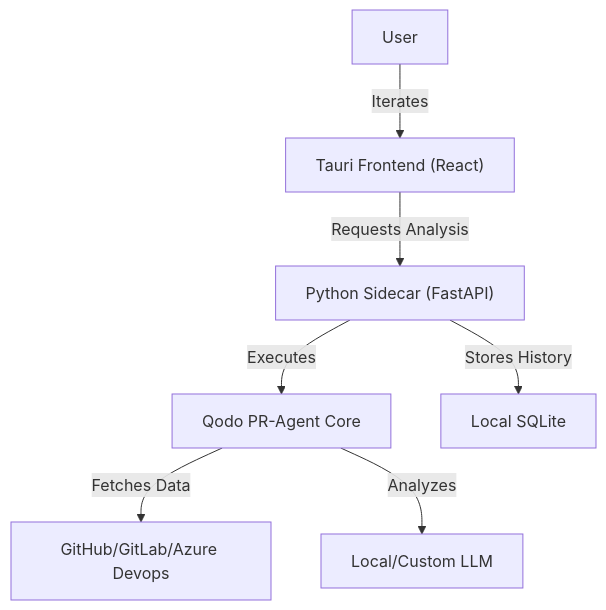
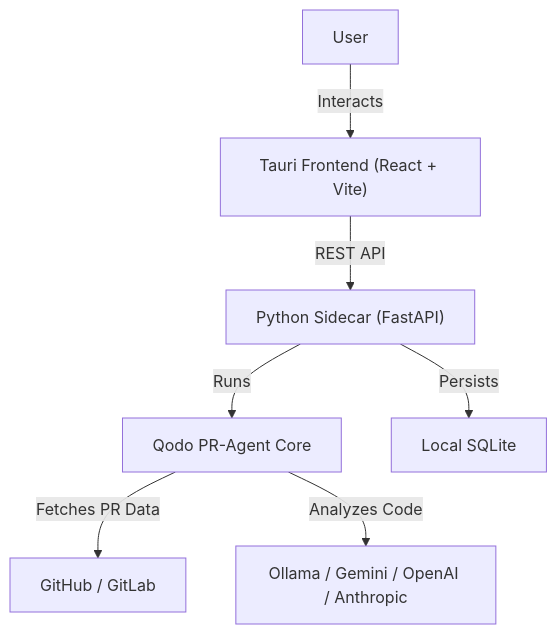
One commit to moohamedsalman93/pr-review-app changed the diagram in README.md. Above: the diagram before and after it, drawn with Mermaid. The commit also changed other lines of this file and 8 other files, not shown here.

````diff
--- a/README.md
+++ b/README.md
@@ -18,9 +56,9 @@
 ```mermaid
 graph TD
-    User -->|Iterates| UI["Tauri Frontend (React)"]
-    UI -->|Requests Analysis| Sidecar["Python Sidecar (FastAPI)"]
-    Sidecar -->|Executes| Qodo["Qodo PR-Agent Core"]
-    Qodo -->|Fetches Data| Git["GitHub/GitLab/Azure Devops"]
-    Qodo -->|Analyzes| LLM["Local/Custom LLM"]
-    Sidecar -->|Stores History| DB["Local SQLite"]
+    User -->|Interacts| UI["Tauri Frontend (React + Vite)"]
+    UI -->|REST API| Sidecar["Python Sidecar (FastAPI)"]
+    Sidecar -->|Runs| Qodo["Qodo PR-Agent Core"]
+    Qodo -->|Fetches PR Data| Git["GitHub / GitLab"]
+    Qodo -->|Analyzes Code| LLM["Ollama / Gemini / OpenAI / Anthropic"]
+    Sidecar -->|Persists| DB["Local SQLite"]
 ```
````
